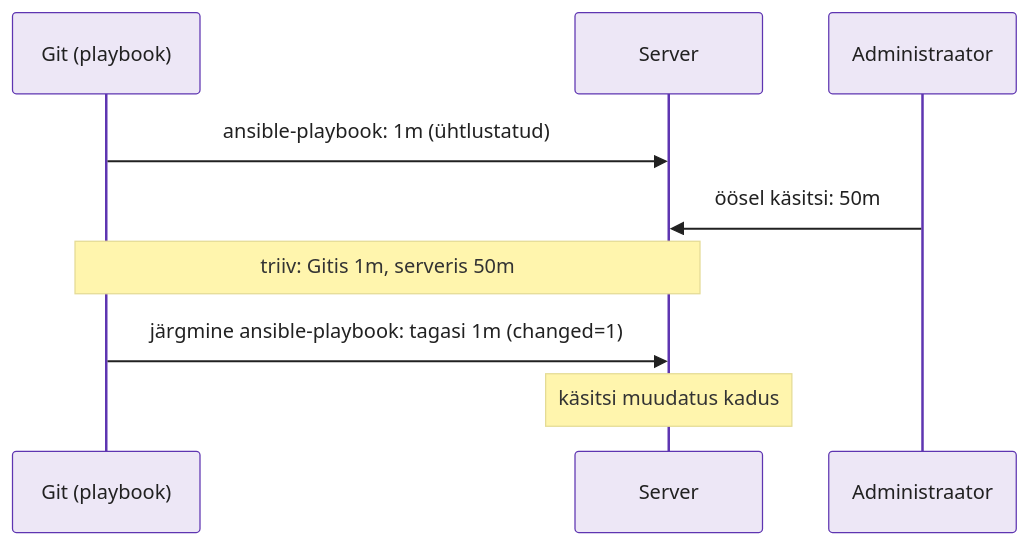
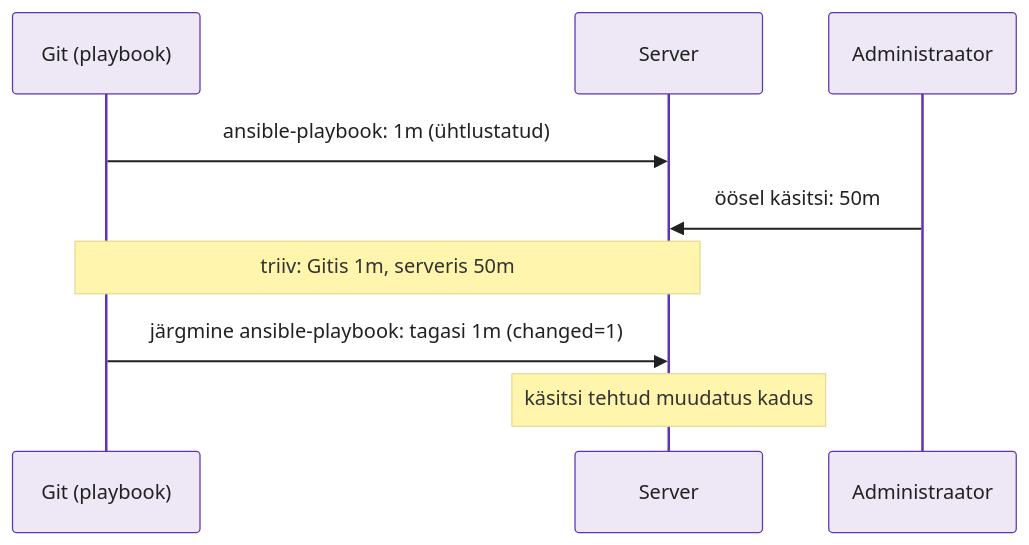
The third of 5 diagrams in docs/week09/lecture.md (hkhk-automation/devops), drawn with Mermaid before and after one commit. The commit also changed other lines of this file, not shown here.

````diff
--- a/docs/week09/lecture.md
+++ b/docs/week09/lecture.md
@@ -182,12 +188,12 @@
 ```mermaid
 %%{init: {'theme':'base','themeVariables':{'primaryColor':'#ede7f6','primaryBorderColor':'#5e35b1','primaryTextColor':'#212121','lineColor':'#7e57c2'}}}%%
 sequenceDiagram
     participant G as Git (playbook)
     participant S as Server
     participant A as Administraator
     G->>S: ansible-playbook: 1m (ühtlustatud)
     A->>S: öösel käsitsi: 50m
     Note over G,S: triiv: Gitis 1m, serveris 50m
     G->>S: järgmine ansible-playbook: tagasi 1m (changed=1)
-    Note over S: käsitsi muudatus kadus
+    Note over S: käsitsi tehtud muudatus kadus
 ```
````
